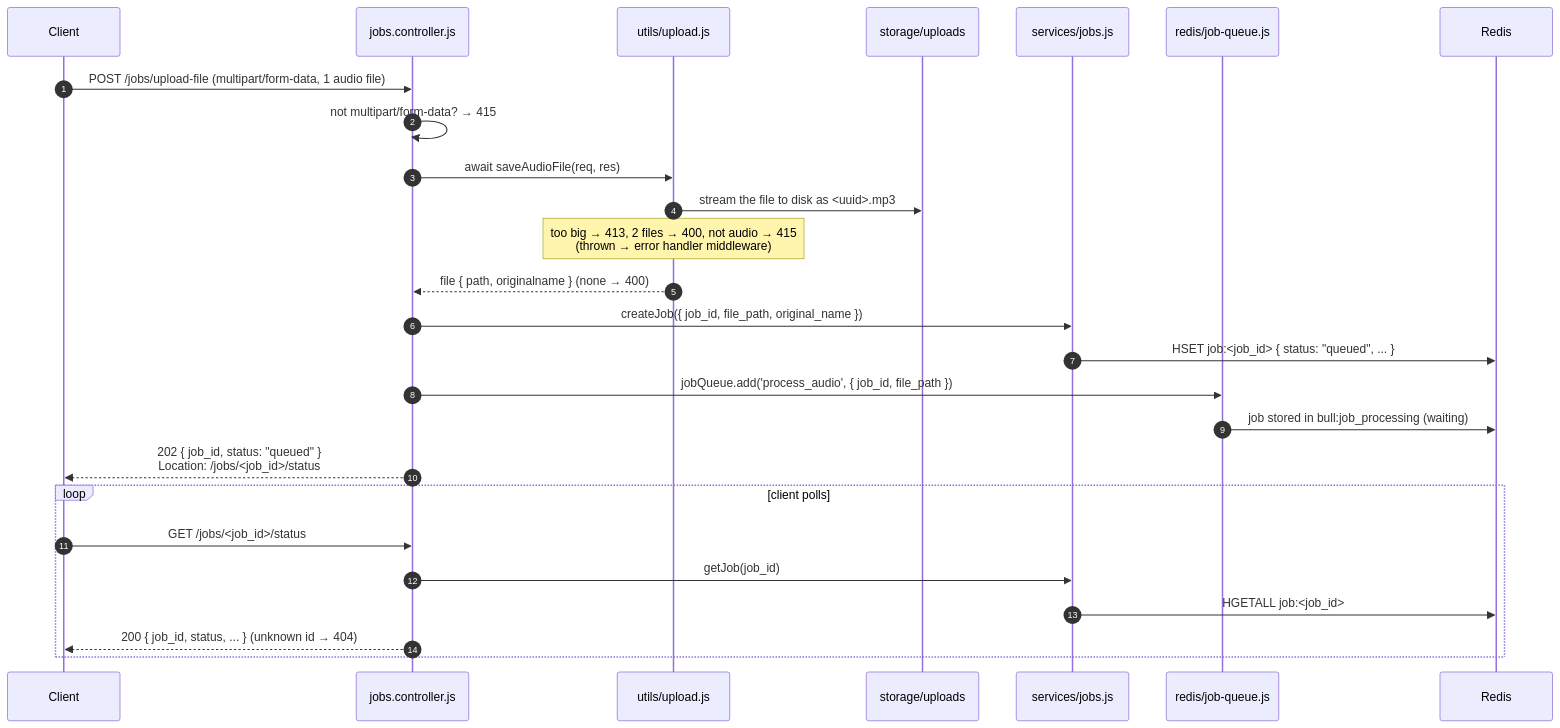
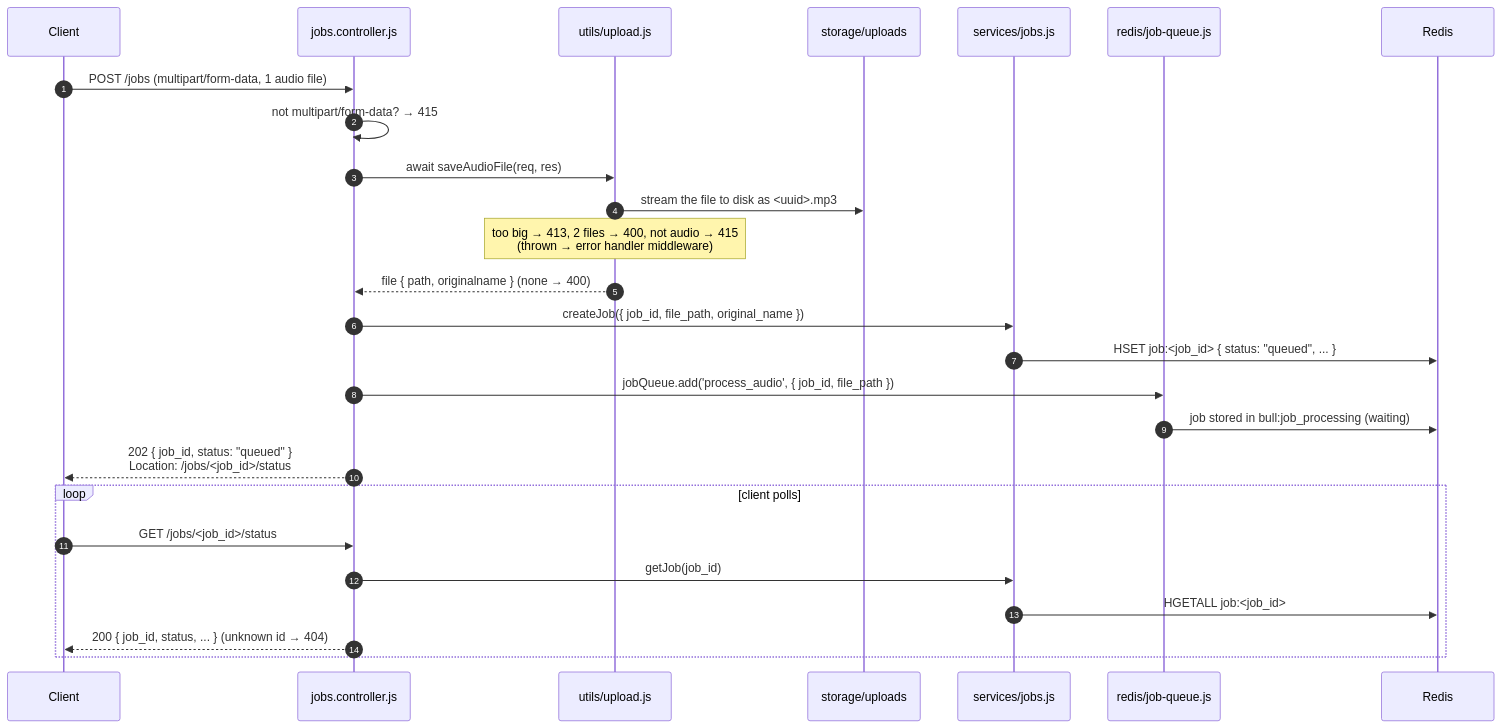
The second of 6 diagrams in README.md (yahyalfc/audio-transcriptor), drawn with Mermaid before and after one commit. The commit also changed other lines of this file and 3 other files, not shown here.

````diff
--- a/README.md
+++ b/README.md
@@ -56,30 +56,30 @@
 ```mermaid
 sequenceDiagram
     autonumber
     participant C as Client
     participant CT as jobs.controller.js
     participant U as utils/upload.js
     participant D as storage/uploads
     participant S as services/jobs.js
     participant Q as redis/job-queue.js
     participant R as Redis
 
-    C->>CT: POST /jobs/upload-file (multipart/form-data, 1 audio file)
+    C->>CT: POST /jobs (multipart/form-data, 1 audio file)
     CT->>CT: not multipart/form-data? → 415
     CT->>U: await saveAudioFile(req, res)
     U->>D: stream the file to disk as <uuid>.mp3
     Note over U: too big → 413, 2 files → 400, not audio → 415<br/>(thrown → error handler middleware)
     U-->>CT: file { path, originalname }  (none → 400)
     CT->>S: createJob({ job_id, file_path, original_name })
     S->>R: HSET job:<job_id>  { status: "queued", ... }
     CT->>Q: jobQueue.add('process_audio', { job_id, file_path })
     Q->>R: job stored in bull:job_processing (waiting)
     CT-->>C: 202 { job_id, status: "queued" }<br/>Location: /jobs/<job_id>/status
 
     loop client polls
         C->>CT: GET /jobs/<job_id>/status
         CT->>S: getJob(job_id)
         S->>R: HGETALL job:<job_id>
         CT-->>C: 200 { job_id, status, ... }  (unknown id → 404)
     end
 ```
````
